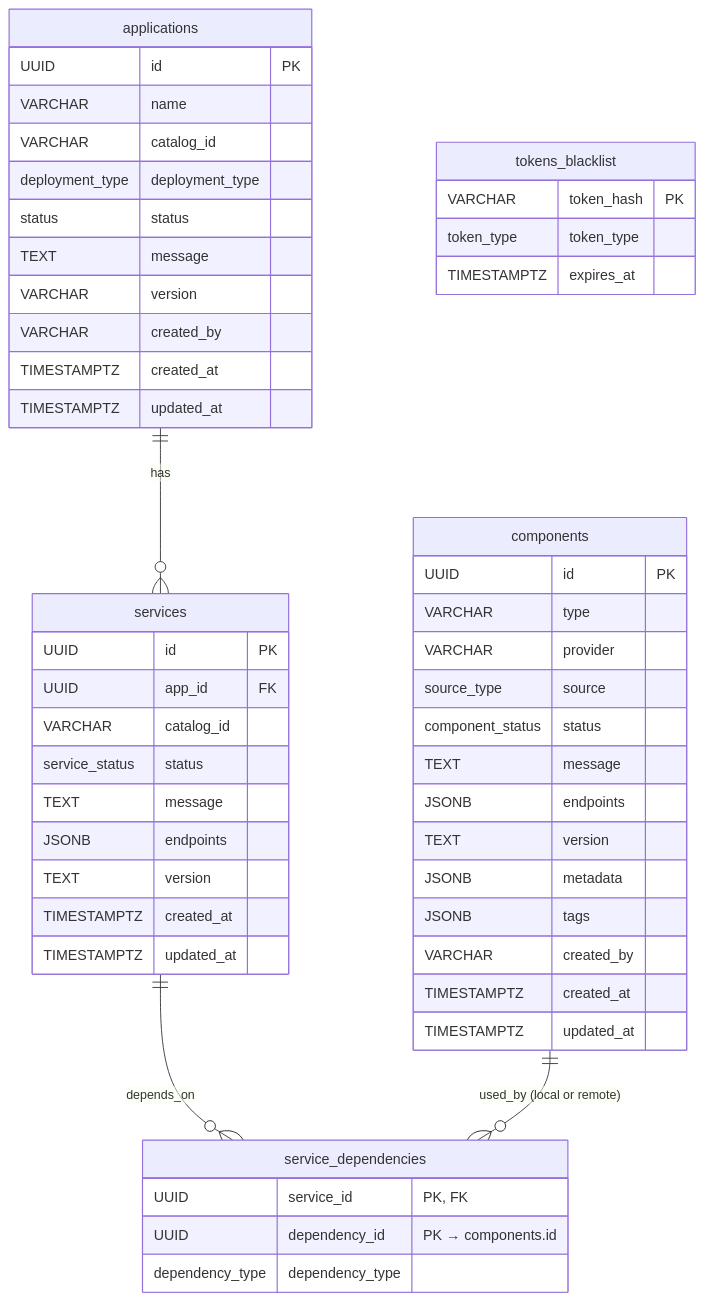
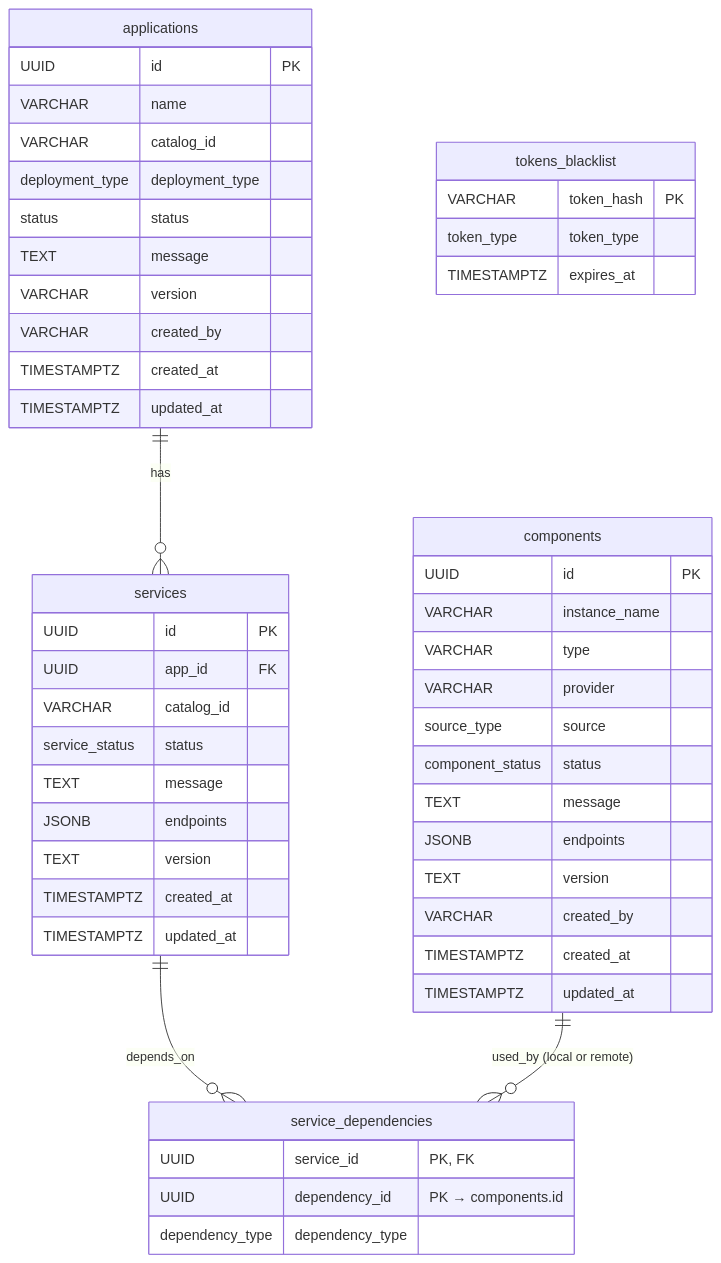
One commit to IBM/project-ai-services changed the third of 3 diagrams in docs/proposals/catalog/model-management-proposal.md. Above: the diagram before and after it, drawn with Mermaid. The commit also changed other lines of this file, not shown here.

Commit message:
Cleanups with instance_name

````diff
--- a/docs/proposals/catalog/model-management-proposal.md
+++ b/docs/proposals/catalog/model-management-proposal.md
@@ -582,59 +575,58 @@
 ```mermaid
 erDiagram
     applications ||--o{ services : "has"
     services ||--o{ service_dependencies : "depends_on"
     components ||--o{ service_dependencies : "used_by (local or remote)"
 
     applications {
         UUID id PK
         VARCHAR name
         VARCHAR catalog_id
         deployment_type deployment_type
         status status
         TEXT message
         VARCHAR version
         VARCHAR created_by
         TIMESTAMPTZ created_at
         TIMESTAMPTZ updated_at
     }
 
     services {
         UUID id PK
         UUID app_id FK
         VARCHAR catalog_id
         service_status status
         TEXT message
         JSONB endpoints
         TEXT version
         TIMESTAMPTZ created_at
         TIMESTAMPTZ updated_at
     }
 
     components {
         UUID id PK
+        VARCHAR instance_name
         VARCHAR type
         VARCHAR provider
         source_type source
         component_status status
         TEXT message
         JSONB endpoints
         TEXT version
-        JSONB metadata
-        JSONB tags
         VARCHAR created_by
         TIMESTAMPTZ created_at
         TIMESTAMPTZ updated_at
     }
 
     service_dependencies {
         UUID service_id "PK, FK"
         UUID dependency_id "PK → components.id"
         dependency_type dependency_type
     }
 
     tokens_blacklist {
         VARCHAR token_hash PK
         token_type token_type
         TIMESTAMPTZ expires_at
     }
 ```
````
